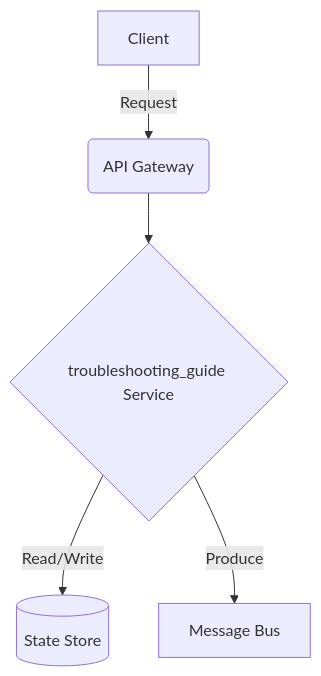
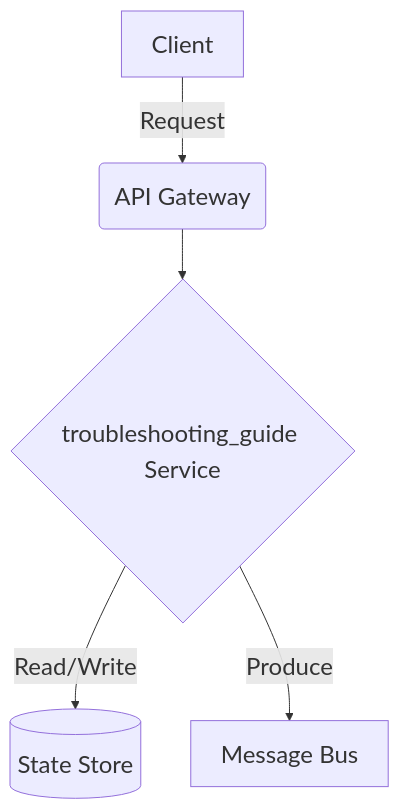
One commit to j4flmao/agent-skills changed the diagram in skills/data/data-etl-pipeline/references/troubleshooting_guide.md. Above: the diagram before and after it, drawn with Mermaid. The commit also changed 826 other files, not shown here.

Commit message:
style(skills): Inject fontSize=24px config and enforce flowchart TD across all Mermaid blocks

````diff
--- a/skills/data/data-etl-pipeline/references/troubleshooting_guide.md
+++ b/skills/data/data-etl-pipeline/references/troubleshooting_guide.md
@@ -15,7 +15,8 @@
 ```mermaid
+%%{init: {"theme": "default", "themeVariables": {"fontSize": "24px"}}}%%
 graph TD
     A[Client] -->|Request| B(API Gateway)
     B --> C{troubleshooting_guide Service}
     C -->|Read/Write| D[(State Store)]
     C -->|Produce| E[Message Bus]
 ```
````
